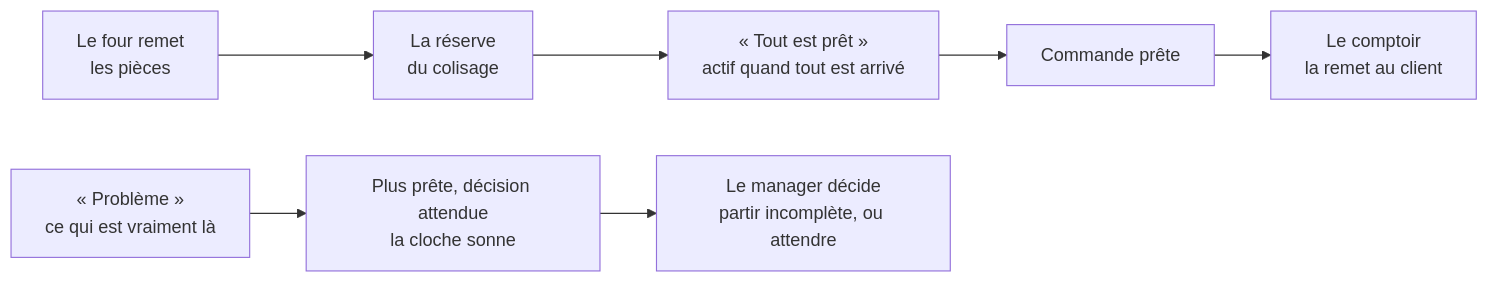
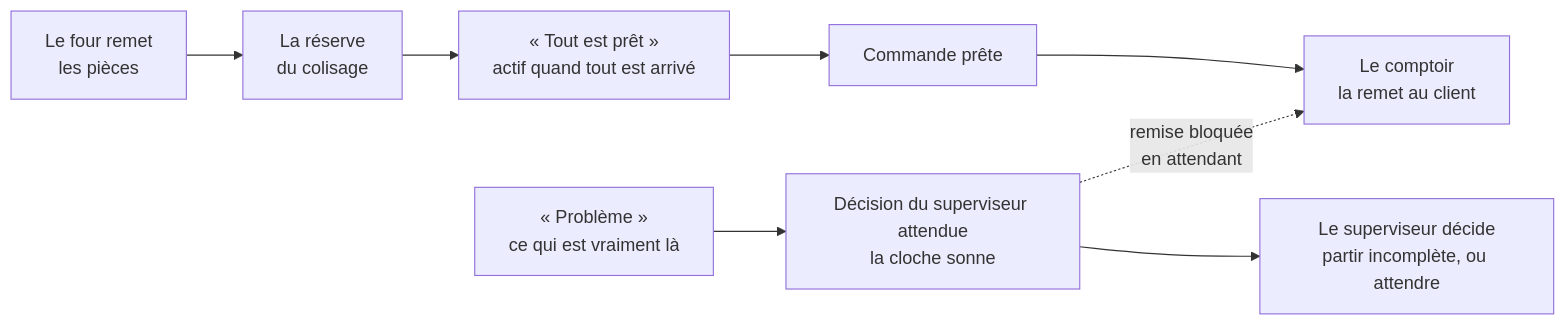
One commit to hugoheynard/lfd changed the first of 2 diagrams in documentation/colisage/plan-niveaux-de-suivi-colisage.md. Above: the diagram before and after it, drawn with Mermaid. The commit also changed other lines of this file, not shown here.

First line of the commit message:
docs(colisage): la décision d'un manque revient au superviseur

````diff
--- a/documentation/colisage/plan-niveaux-de-suivi-colisage.md
+++ b/documentation/colisage/plan-niveaux-de-suivi-colisage.md
@@ -34,9 +34,10 @@
 ```mermaid
 flowchart LR
     F["Le four remet<br/>les pièces"] --> R["La réserve<br/>du colisage"]
     R --> B["« Tout est prêt »<br/>actif quand tout est arrivé"]
     B --> P["Commande prête"]
     P --> C["Le comptoir<br/>la remet au client"]
-    X["« Problème »<br/>ce qui est vraiment là"] --> M["Plus prête, décision attendue<br/>la cloche sonne"]
-    M --> D["Le manager décide<br/>partir incomplète, ou attendre"]
+    X["« Problème »<br/>ce qui est vraiment là"] --> M["Décision du superviseur attendue<br/>la cloche sonne"]
+    M --> D["Le superviseur décide<br/>partir incomplète, ou attendre"]
+    M -. "remise bloquée<br/>en attendant" .-> C
 ```
````
